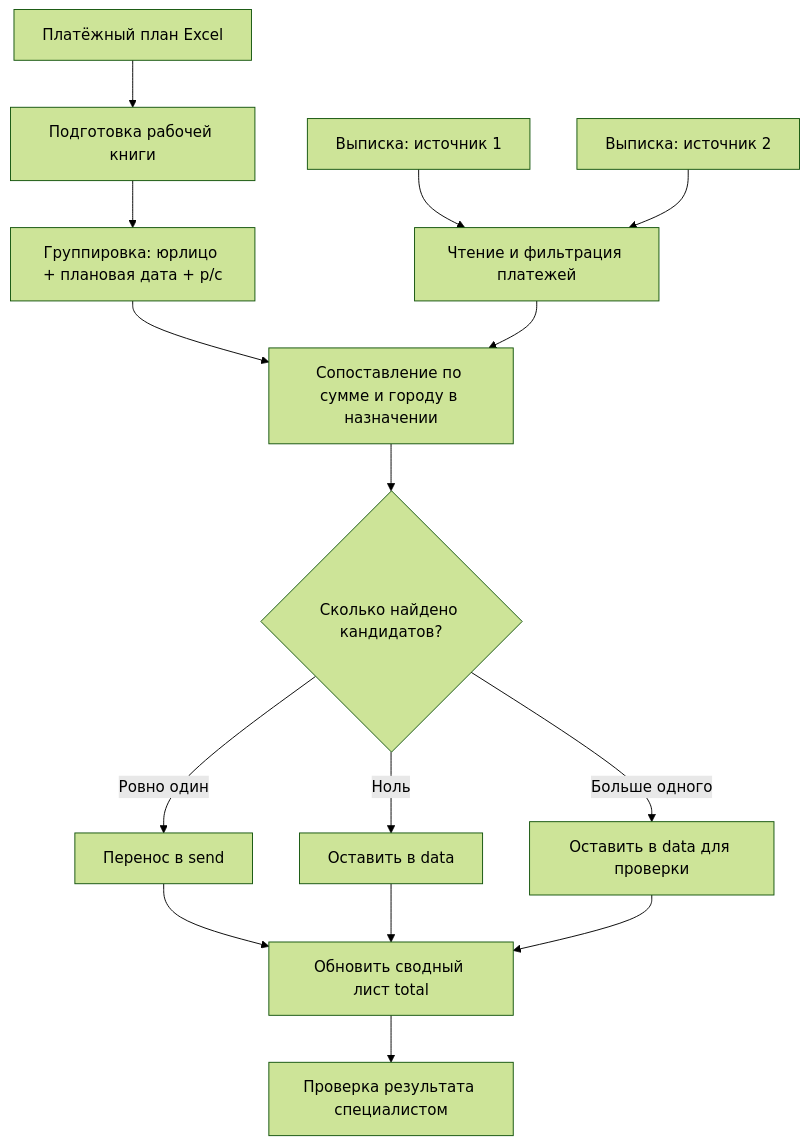
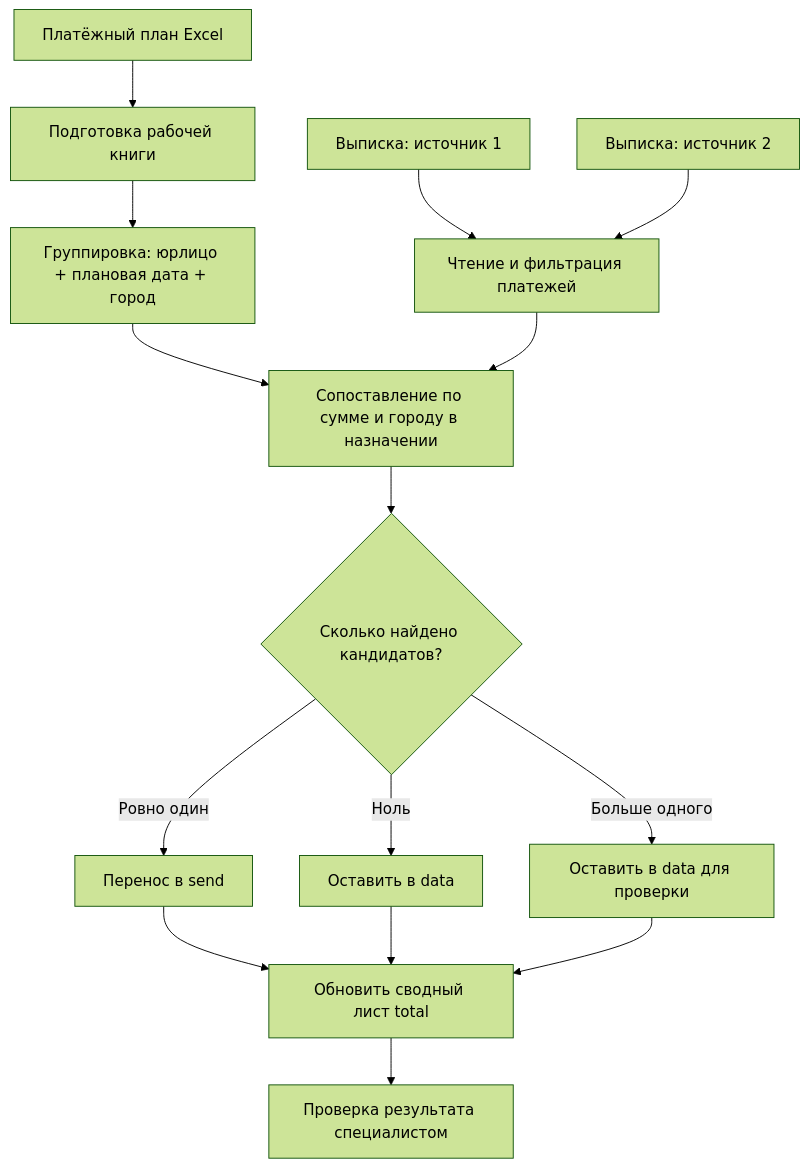
Before and after one commit to Oleynikova-Marina/finance-it-portfolio: the diagram in debt-payment-reconciliation/docs/demo.md, drawn with Mermaid (forest theme). The commit also changed other lines of this file, not shown here.

````diff
--- a/debt-payment-reconciliation/docs/demo.md
+++ b/debt-payment-reconciliation/docs/demo.md
@@ -16,17 +16,17 @@
 ```mermaid
 flowchart TD
     A["Платёжный план Excel"] --> B["Подготовка рабочей книги"]
-    B --> C["Группировка: юрлицо + плановая дата + р/с"]
+    B --> C["Группировка: юрлицо + плановая дата + город"]
     D["Выписка: источник 1"] --> E["Чтение и фильтрация платежей"]
     F["Выписка: источник 2"] --> E
     C --> G["Сопоставление по сумме и городу в назначении"]
     E --> G
     G --> H{"Сколько найдено кандидатов?"}
     H -->|"Ровно один"| I["Перенос в send"]
     H -->|"Ноль"| J["Оставить в data"]
     H -->|"Больше одного"| K["Оставить в data для проверки"]
     I --> L["Обновить сводный лист total"]
     J --> L
     K --> L
     L --> M["Проверка результата специалистом"]
 ```
````
